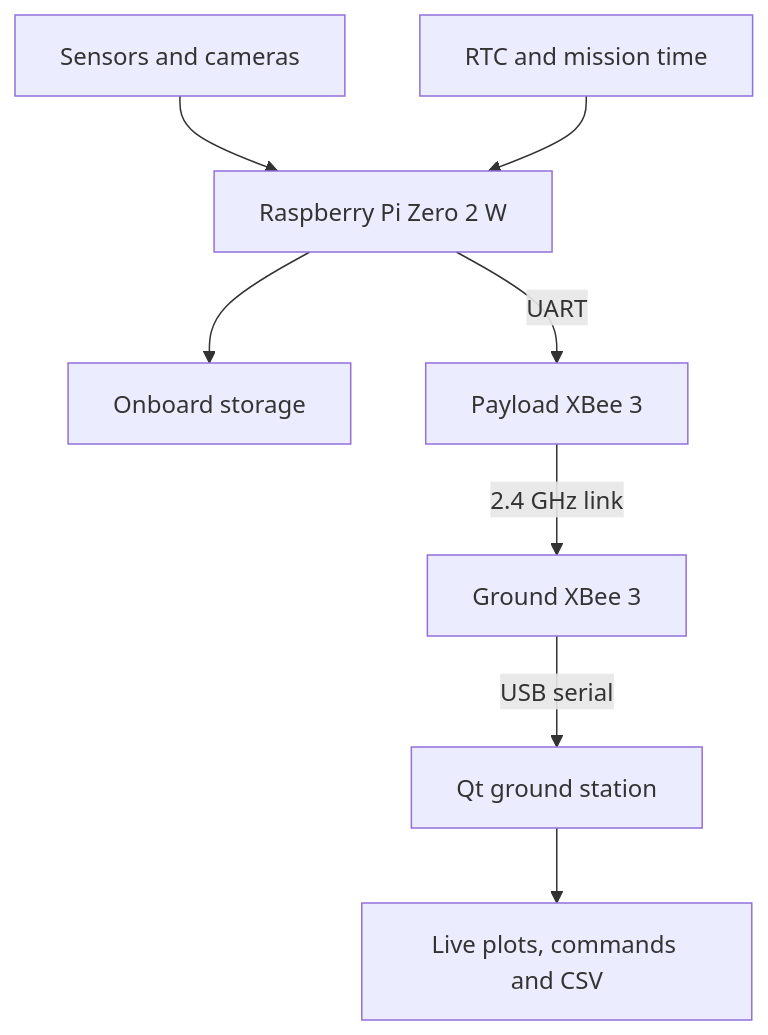
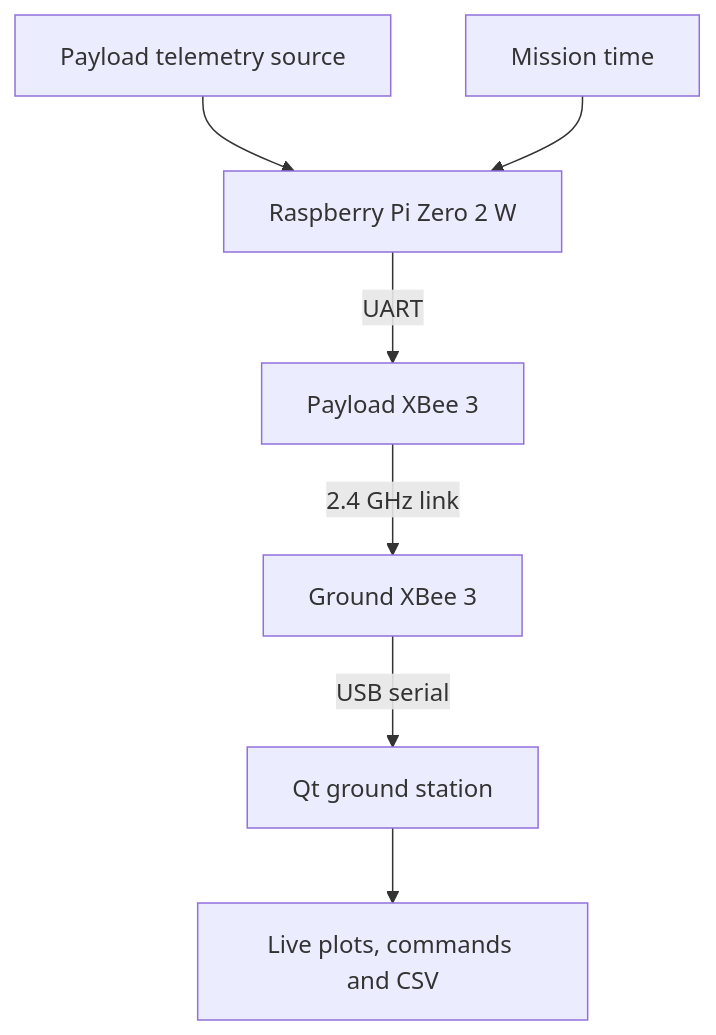
The diagram in README.md (nur1091/konsat-model-satellite-system), drawn with Mermaid before and after one commit. The commit also changed other lines of this file and 17 other files, not shown here.

````diff
--- a/README.md
+++ b/README.md
@@ -35,10 +43,9 @@
 ```mermaid
 flowchart TD
-    SENS["Sensors and cameras"] --> PI["Raspberry Pi Zero 2 W"]
-    RTC["RTC and mission time"] --> PI
-    PI --> SD["Onboard storage"]
+    SRC["Payload telemetry source"] --> PI["Raspberry Pi Zero 2 W"]
+    RTC["Mission time"] --> PI
     PI -->|UART| XB1["Payload XBee 3"]
     XB1 -->|2.4 GHz link| XB2["Ground XBee 3"]
     XB2 -->|USB serial| GCS["Qt ground station"]
     GCS --> OUT["Live plots, commands and CSV"]
 ```
````
